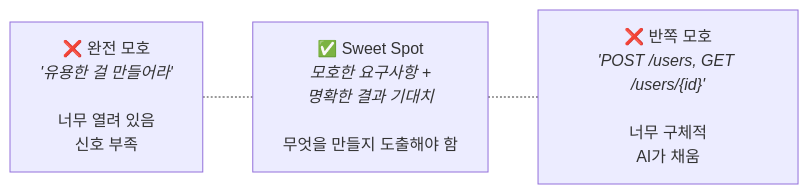
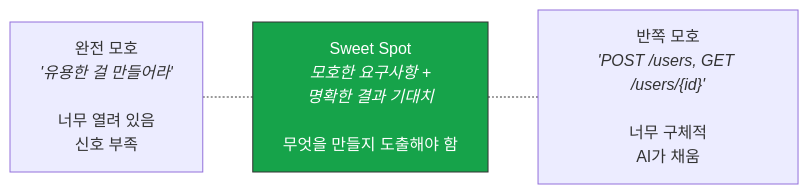
One commit to taokim/taokim.github.io changed the first of 4 diagrams in content/posts/2026-02-24-ai-native-hiring-philosophy.ko.md. Above: the diagram before and after it, drawn with Mermaid. The commit also changed other lines of this file and 1 other file, not shown here.

```diff
--- a/content/posts/2026-02-24-ai-native-hiring-philosophy.ko.md
+++ b/content/posts/2026-02-24-ai-native-hiring-philosophy.ko.md
@@ -112,8 +117,10 @@
 {{< mermaid title="모호함의 스펙트럼" >}}
 graph LR
-    A["❌ 완전 모호<br/><i>'유용한 걸 만들어라'</i><br/><br/>너무 열려 있음<br/>신호 부족"]
-    B["✅ Sweet Spot<br/><i>모호한 요구사항 +<br/>명확한 결과 기대치</i><br/><br/>무엇을 만들지 도출해야 함"]
-    C["❌ 반쪽 모호<br/><i>'POST /users, GET /users/{id}'</i><br/><br/>너무 구체적<br/>AI가 채움"]
+    A["완전 모호<br/><i>'유용한 걸 만들어라'</i><br/><br/>너무 열려 있음<br/>신호 부족"]
+    B["Sweet Spot<br/><i>모호한 요구사항 +<br/>명확한 결과 기대치</i><br/><br/>무엇을 만들지 도출해야 함"]
+    C["반쪽 모호<br/><i>'POST /users, GET /users/{id}'</i><br/><br/>너무 구체적<br/>AI가 채움"]
 
     A -.- B -.- C
+
+    style B fill:#16a34a,stroke:#333,color:#fff
 {{< /mermaid >}}
```
